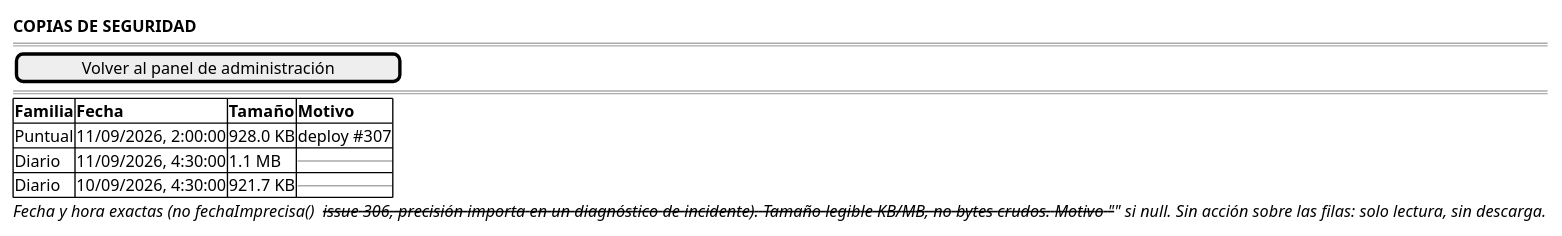
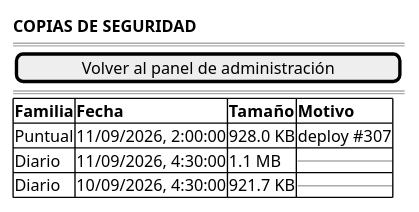
Before and after one commit to mmasias/pyCeldaPublico: the first of 2 diagrams in RUP/01-requisitos/03-detalle-casos-uso/consultarCopiasSeguridad/wireframes.puml, drawn with PlantUML. The commit also changed other lines of this file and 58 other files, not shown here.

First line of the commit message:
docs: diagramas de requisitos sin notas internas y manual de Cursos académicos y Auditoría (pyCelda 5dcbdc66)

```diff
--- a/RUP/01-requisitos/03-detalle-casos-uso/consultarCopiasSeguridad/wireframes.puml
+++ b/RUP/01-requisitos/03-detalle-casos-uso/consultarCopiasSeguridad/wireframes.puml
@@ -1,15 +1,14 @@
 @startsalt consultarCopiasSeguridad-wireframe
 {
     <b>COPIAS DE SEGURIDAD</b>
     ====
     [ Volver al panel de administración ]
     ====
     {#
         <b>Familia | <b>Fecha | <b>Tamaño | <b>Motivo
         Puntual | 11/09/2026, 2:00:00 | 928.0 KB | deploy #307
         Diario  | 11/09/2026, 4:30:00 | 1.1 MB   | --
         Diario  | 10/09/2026, 4:30:00 | 921.7 KB | --
     }
-    <i>Fecha y hora exactas (no fechaImprecisa() -- issue 306, precisión importa en un diagnóstico de incidente). Tamaño legible KB/MB, no bytes crudos. Motivo "--" si null. Sin acción sobre las filas: solo lectura, sin descarga.</i>
 }
 @endsalt
```
